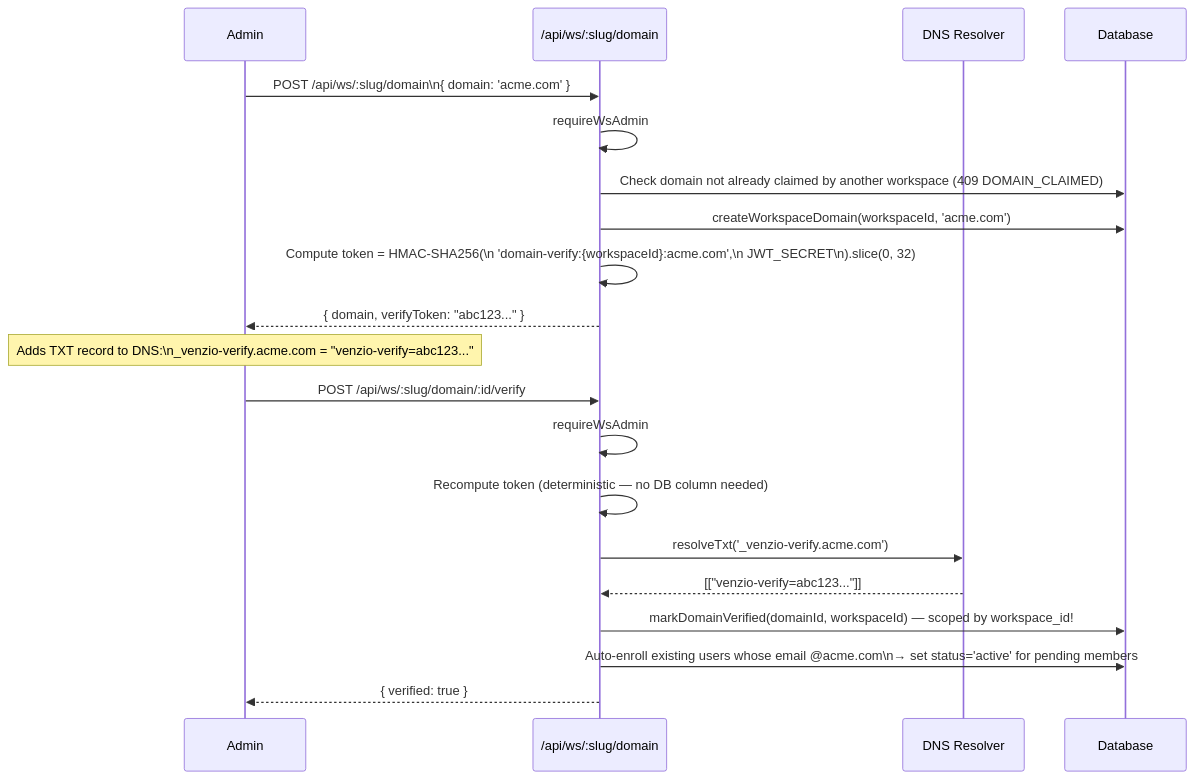
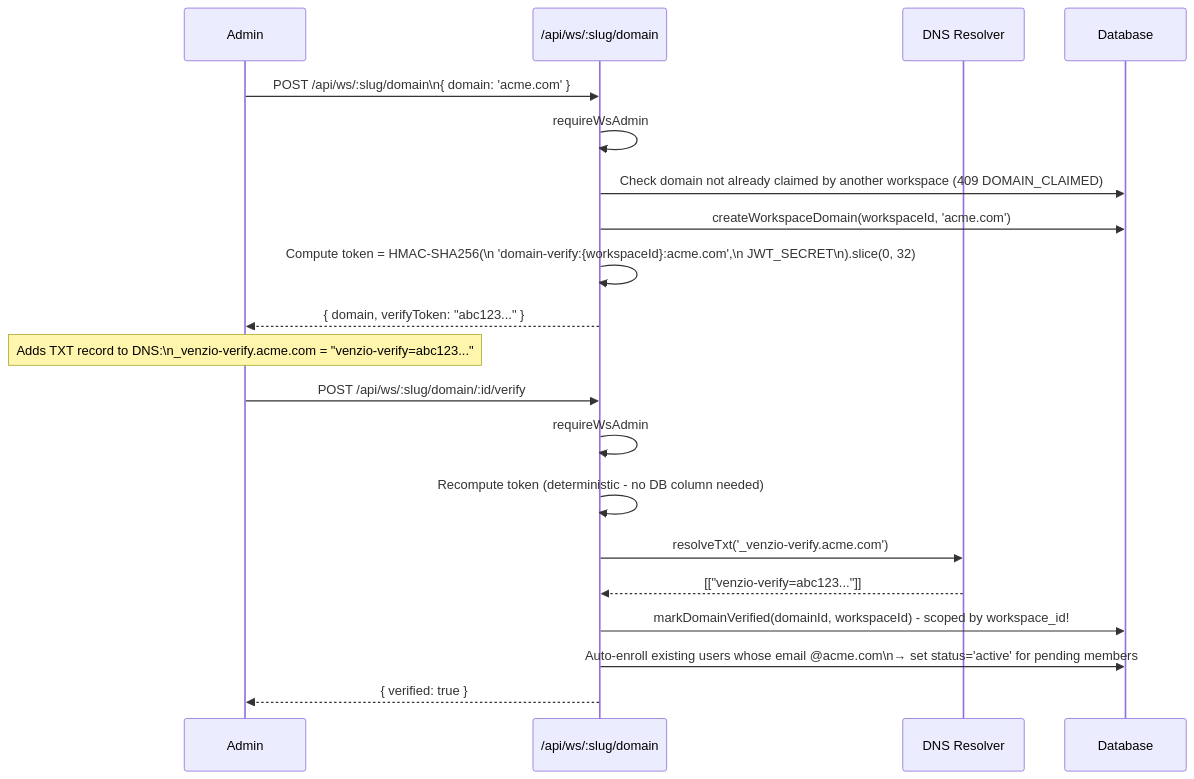
Before and after one commit to ksharma20/venzio: the third of 8 diagrams in docs/architecture/workspace-flow.md, drawn with Mermaid. The commit also changed other lines of this file and 76 other files, not shown here.

````diff
--- a/docs/architecture/workspace-flow.md
+++ b/docs/architecture/workspace-flow.md
@@ -80,25 +80,25 @@
 ```mermaid
 sequenceDiagram
   participant A as Admin
   participant API as /api/ws/:slug/domain
   participant DNS as DNS Resolver
   participant DB as Database
 
   A->>API: POST /api/ws/:slug/domain\n{ domain: 'acme.com' }
   API->>API: requireWsAdmin
   API->>DB: Check domain not already claimed by another workspace (409 DOMAIN_CLAIMED)
   API->>DB: createWorkspaceDomain(workspaceId, 'acme.com')
   API->>API: Compute token = HMAC-SHA256(\n  'domain-verify:{workspaceId}:acme.com',\n  JWT_SECRET\n).slice(0, 32)
   API-->>A: { domain, verifyToken: "abc123..." }
 
   Note over A: Adds TXT record to DNS:\n_venzio-verify.acme.com = "venzio-verify=abc123..."
 
   A->>API: POST /api/ws/:slug/domain/:id/verify
   API->>API: requireWsAdmin
-  API->>API: Recompute token (deterministic — no DB column needed)
+  API->>API: Recompute token (deterministic - no DB column needed)
   API->>DNS: resolveTxt('_venzio-verify.acme.com')
   DNS-->>API: [["venzio-verify=abc123..."]]
-  API->>DB: markDomainVerified(domainId, workspaceId) — scoped by workspace_id!
+  API->>DB: markDomainVerified(domainId, workspaceId) - scoped by workspace_id!
   API->>DB: Auto-enroll existing users whose email @acme.com\n→ set status='active' for pending members
   API-->>A: { verified: true }
 ```
````
